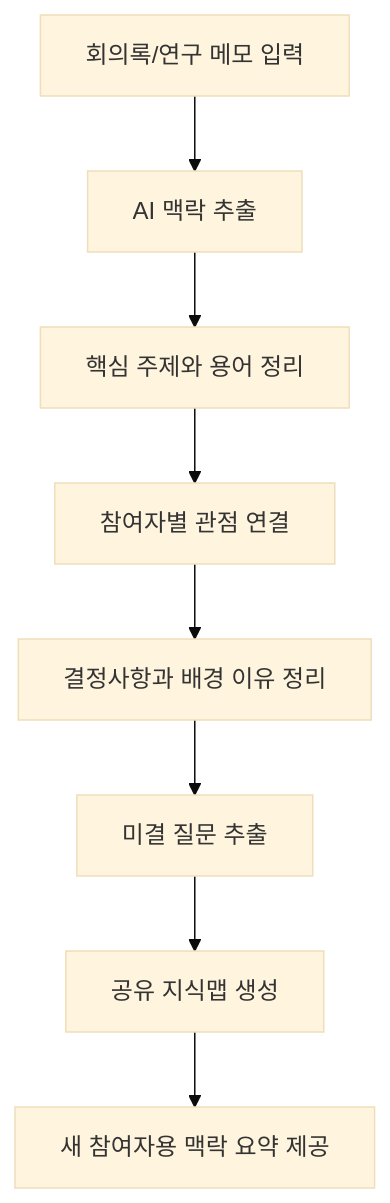
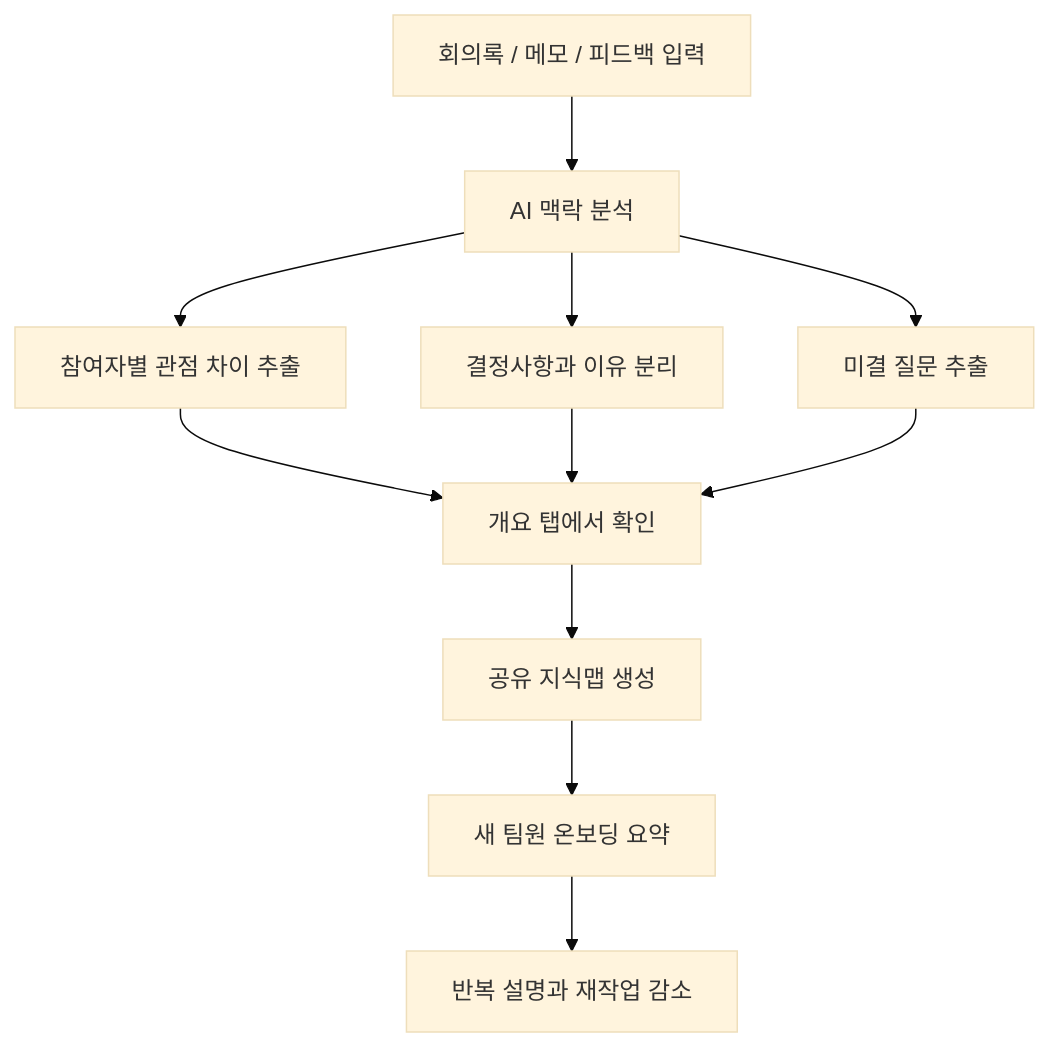
One commit to Mureung1/hub-showcase changed the diagram in docs/plan.md. Above: the diagram before and after it, drawn with Mermaid (base theme). The commit also changed other lines of this file and 19 other files, not shown here.

````diff
--- a/docs/plan.md
+++ b/docs/plan.md
@@ -132,10 +248,13 @@
 ```mermaid
 flowchart TD
-    A[회의록/연구 메모 입력] --> B[AI 맥락 추출]
-    B --> C[핵심 주제와 용어 정리]
-    C --> D[참여자별 관점 연결]
-    D --> E[결정사항과 배경 이유 정리]
-    E --> F[미결 질문 추출]
-    F --> G[공유 지식맵 생성]
-    G --> H[새 참여자용 맥락 요약 제공]
+    A["회의록 / 메모 / 피드백 입력"] --> B["AI 맥락 분석"]
+    B --> C["참여자별 관점 차이 추출"]
+    B --> D["결정사항과 이유 분리"]
+    B --> E["미결 질문 추출"]
+    C --> F["개요 탭에서 확인"]
+    D --> F
+    E --> F
+    F --> G["공유 지식맵 생성"]
+    G --> H["새 팀원 온보딩 요약"]
+    H --> I["반복 설명과 재작업 감소"]
 ```
````
